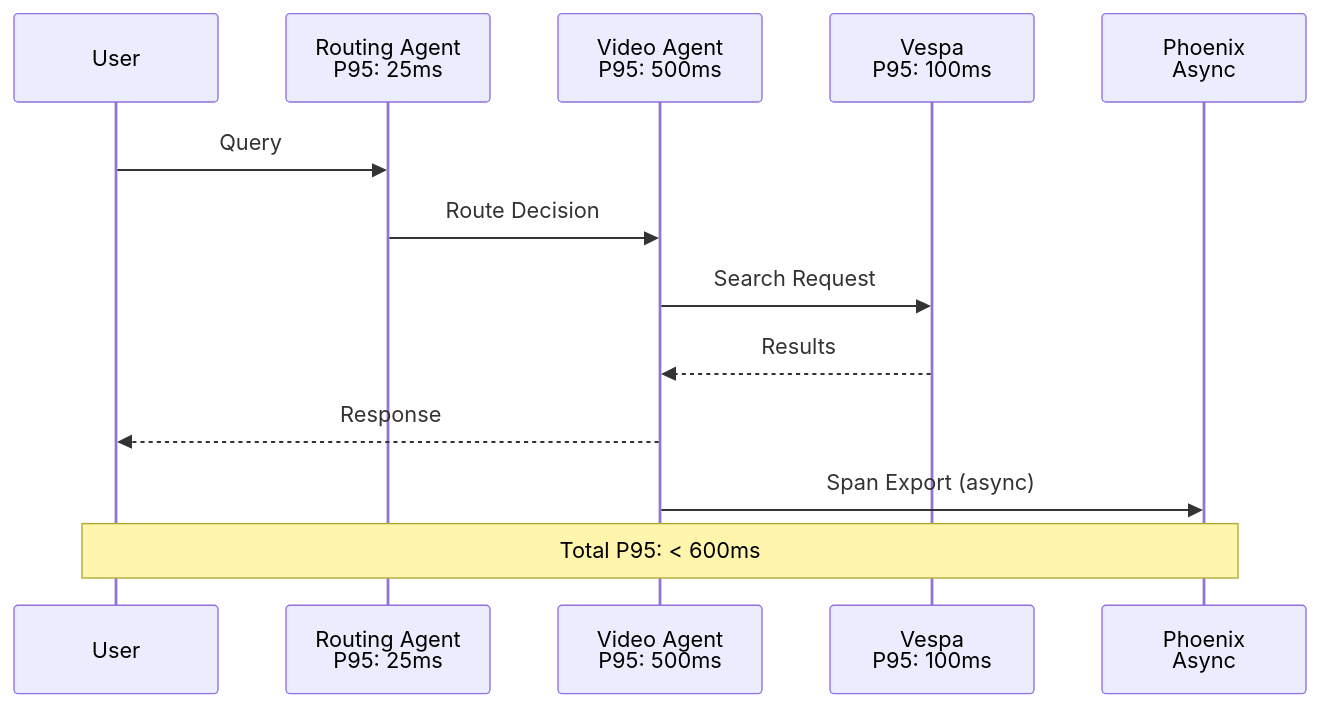
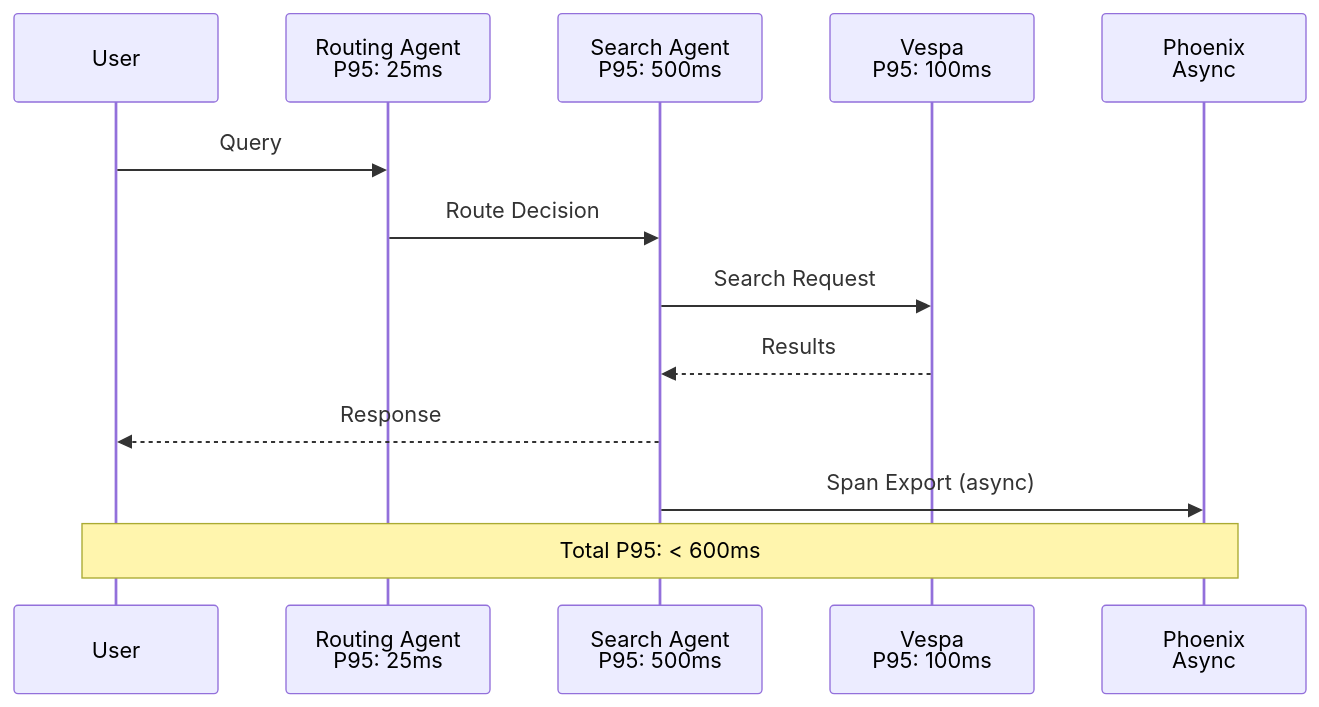
One commit to amit-jain/cogniverse changed the second of 5 diagrams in docs/operations/performance-monitoring.md. Above: the diagram before and after it, drawn with Mermaid. The commit also changed other lines of this file and 83 other files, not shown here.

First line of the commit message:
Fix documentation veracity, formatting, and diagrams across all modules

````diff
--- a/docs/operations/performance-monitoring.md
+++ b/docs/operations/performance-monitoring.md
@@ -105,17 +115,17 @@
 ```mermaid
 sequenceDiagram
     participant User
     participant Router as Routing Agent<br/>P95: 25ms
-    participant Video as Video Agent<br/>P95: 500ms
+    participant Search as Search Agent<br/>P95: 500ms
     participant Vespa as Vespa<br/>P95: 100ms
     participant Phoenix as Phoenix<br/>Async
 
     User->>Router: Query
-    Router->>Video: Route Decision
-    Video->>Vespa: Search Request
-    Vespa-->>Video: Results
-    Video-->>User: Response
-    Video->>Phoenix: Span Export (async)
+    Router->>Search: Route Decision
+    Search->>Vespa: Search Request
+    Vespa-->>Search: Results
+    Search-->>User: Response
+    Search->>Phoenix: Span Export (async)
 
     Note over User,Phoenix: Total P95: < 600ms
 ```
````
